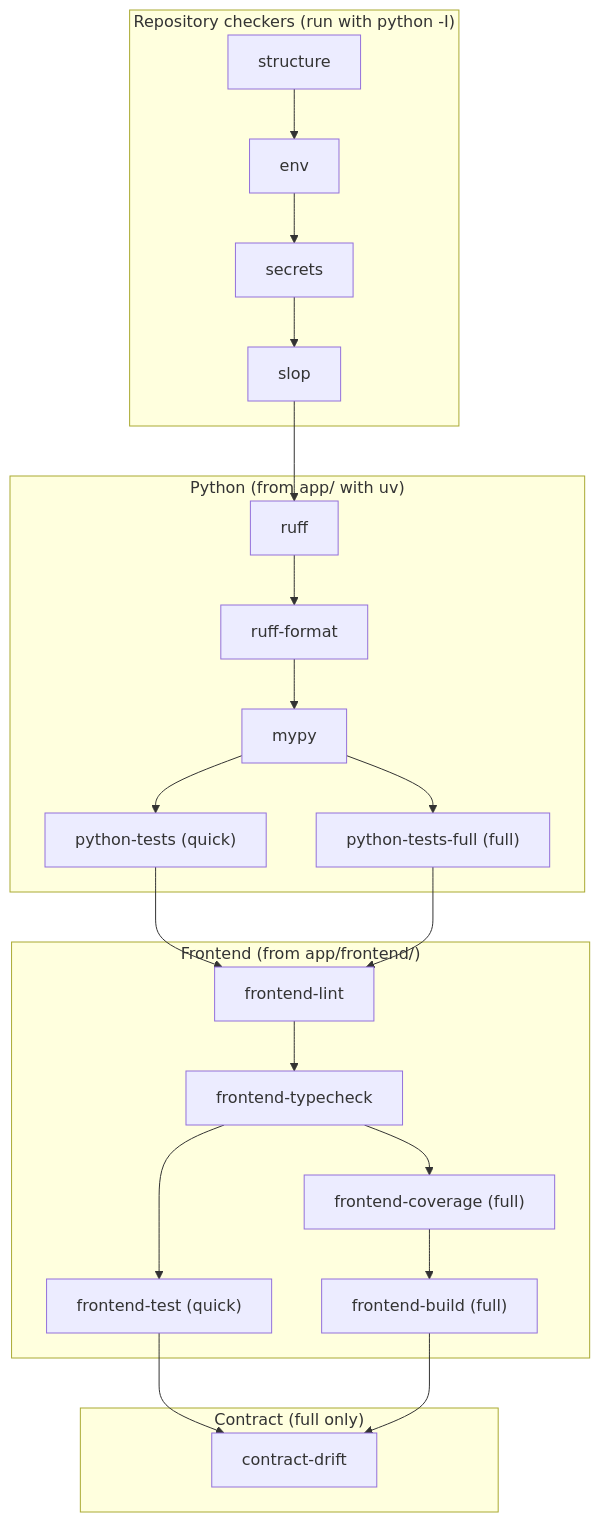
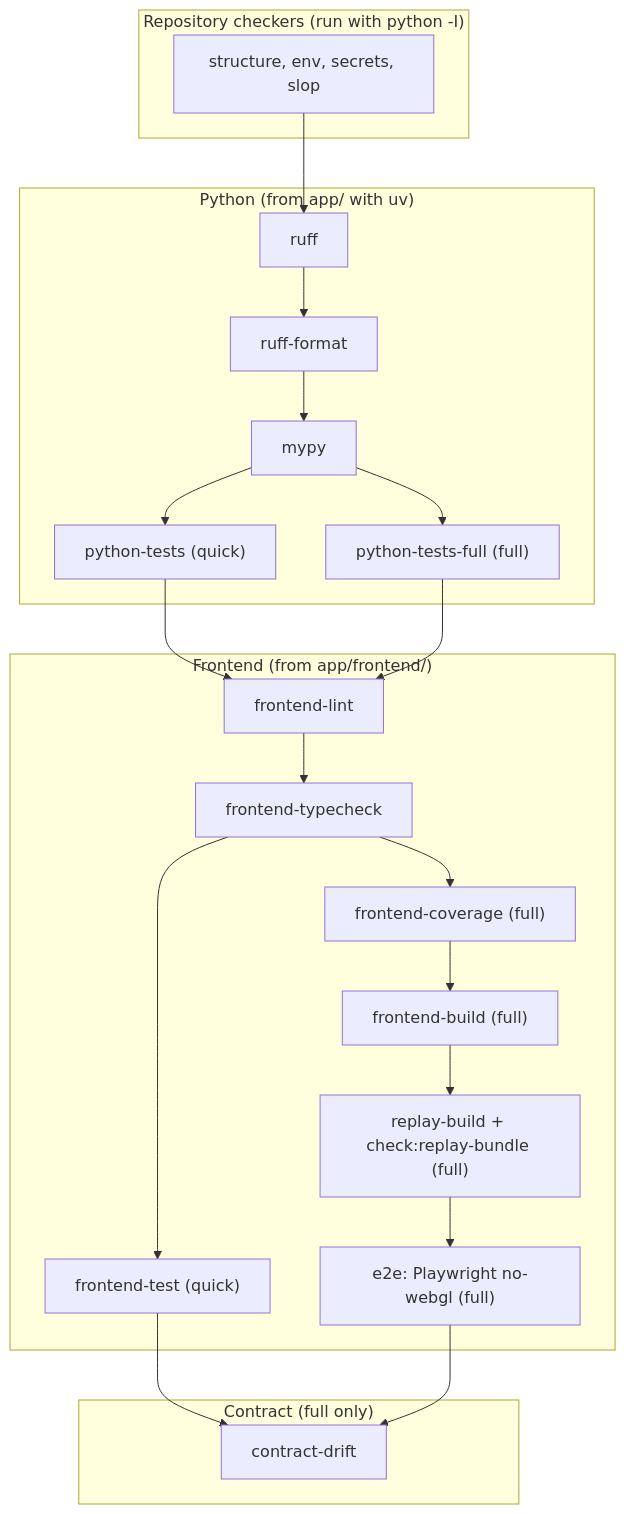
The first of 3 diagrams in docs/reference/CHECKS.md (Nagdy8888/PlumeTrace), drawn with Mermaid before and after one commit. The commit also changed other lines of this file and 36 other files, not shown here.

First line of the commit message:
test(e2e): add Playwright flows, accessibility scan, draw-call and fps checks

````diff
--- a/docs/reference/CHECKS.md
+++ b/docs/reference/CHECKS.md
@@ -19,22 +19,23 @@
 ```mermaid
 flowchart TD
     subgraph REPO["Repository checkers (run with python -I)"]
-        S1["structure"] --> S2["env"] --> S3["secrets"] --> S4["slop"]
+        S4["structure, env, secrets, slop"]
     end
     subgraph PY["Python (from app/ with uv)"]
         P1["ruff"] --> P2["ruff-format"] --> P3["mypy"] --> P4["python-tests (quick)"]
         P3 --> P5["python-tests-full (full)"]
     end
     subgraph FE["Frontend (from app/frontend/)"]
         F1["frontend-lint"] --> F2["frontend-typecheck"] --> F3["frontend-test (quick)"]
         F2 --> F4["frontend-coverage (full)"] --> F5["frontend-build (full)"]
+        F5 --> R1["replay-build + check:replay-bundle (full)"] --> E1["e2e: Playwright no-webgl (full)"]
     end
     subgraph CT["Contract (full only)"]
         C1["contract-drift"]
     end
     S4 --> P1
     P4 --> F1
     P5 --> F1
     F3 --> C1
-    F5 --> C1
+    E1 --> C1
 ```
````
